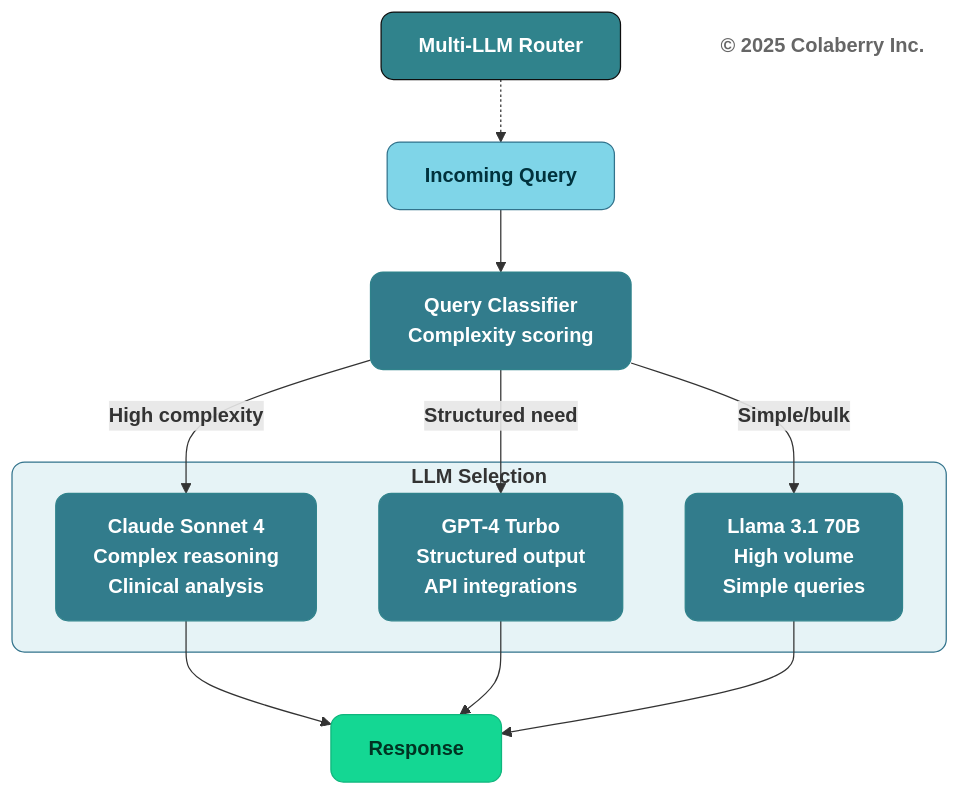
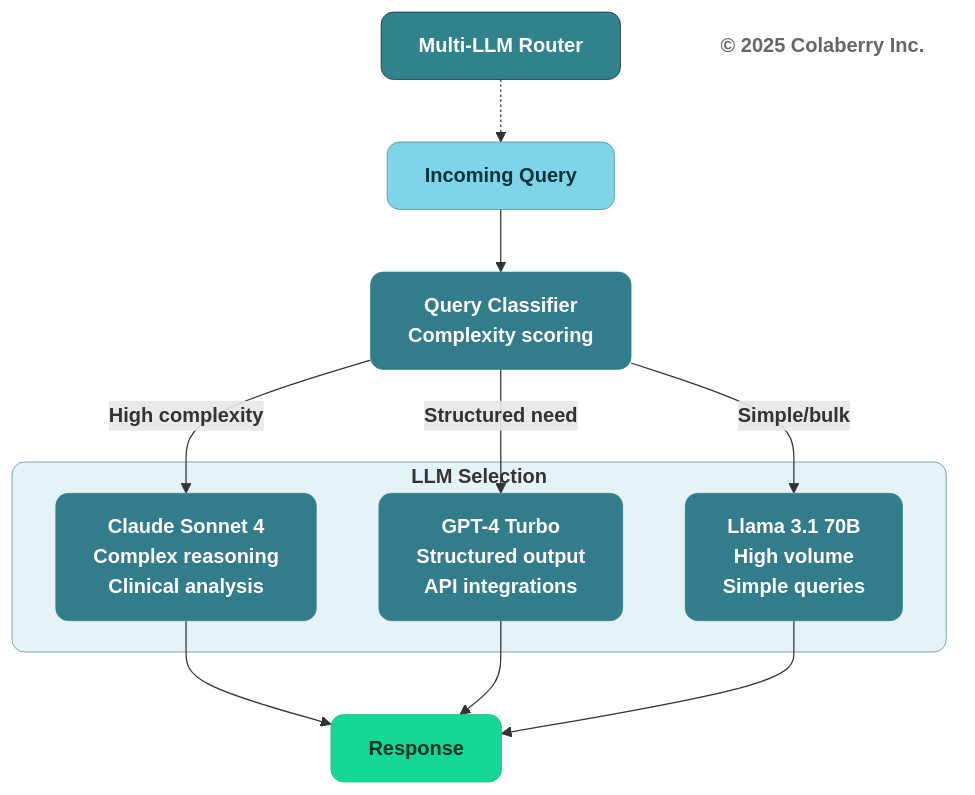
The ninth of 13 diagrams in manuscript/06_chapter_5_intelligence_layers.md (saitejesh-cyber/trust-before-intelligence-book), drawn with Mermaid before and after one commit. The commit also changed other lines of this file and 12 other files, not shown here.

Commit message:
Update stroke width to 0.5px instead of 1px to all the diagrams

````diff
--- a/manuscript/06_chapter_5_intelligence_layers.md
+++ b/manuscript/06_chapter_5_intelligence_layers.md
@@ -778,37 +778,37 @@
 ```mermaid
 graph TB
     TITLE["<b>Multi-LLM Router</b>"]
     
     Q["<b>Incoming Query</b>"]
     
     CLASS["<b>Query Classifier</b><br/><b>Complexity scoring</b>"]
     
     subgraph routing["<b>LLM Selection</b>"]
         CLAUDE["<b>Claude Sonnet 4</b><br/><b>Complex reasoning</b><br/><b>Clinical analysis</b>"]
         GPT["<b>GPT-4 Turbo</b><br/><b>Structured output</b><br/><b>API integrations</b>"]
         LLAMA["<b>Llama 3.1 70B</b><br/><b>High volume</b><br/><b>Simple queries</b>"]
     end
     
     OUT["<b>Response</b>"]
     
     TITLE -.-> Q
     Q --> CLASS
     CLASS -->|<b>High complexity</b>| CLAUDE
     CLASS -->|<b>Structured need</b>| GPT
     CLASS -->|<b>Simple/bulk</b>| LLAMA
     CLAUDE --> OUT
     GPT --> OUT
     LLAMA --> OUT
     
     Copyright["<b>© 2025 Colaberry Inc.</b>"]
     
-    style TITLE fill:#30838C,color:#ffffff,stroke:#0D0D0D,stroke-width:1px,rx:10,ry:10
-    style Q fill:#7FD5E8,stroke:#32738C,stroke-width:1px,color:#00323D,rx:10,ry:10
-    style CLASS fill:#327C8C,stroke:#30838C,stroke-width:1px,color:#ffffff,rx:10,ry:10
-    style routing fill:#E6F3F6,stroke:#32738C,stroke-width:1px,rx:10,ry:10,rx:10,ry:10
-    style CLAUDE fill:#327C8C,stroke:#30838C,stroke-width:1px,color:#ffffff,rx:10,ry:10
-    style GPT fill:#327C8C,stroke:#30838C,stroke-width:1px,color:#ffffff,rx:10,ry:10
-    style LLAMA fill:#327C8C,stroke:#30838C,stroke-width:1px,color:#ffffff,rx:10,ry:10
-    style OUT fill:#14D793,color:#003322,stroke:#0FB67D,stroke-width:1px,rx:10,ry:10
+    style TITLE fill:#30838C,color:#ffffff,stroke:#0D0D0D,stroke-width:0.5px,rx:10,ry:10
+    style Q fill:#7FD5E8,stroke:#32738C,stroke-width:0.5px,color:#00323D,rx:10,ry:10
+    style CLASS fill:#327C8C,stroke:#30838C,stroke-width:0.5px,color:#ffffff,rx:10,ry:10
+    style routing fill:#E6F3F6,stroke:#32738C,stroke-width:0.5px,rx:10,ry:10,rx:10,ry:10
+    style CLAUDE fill:#327C8C,stroke:#30838C,stroke-width:0.5px,color:#ffffff,rx:10,ry:10
+    style GPT fill:#327C8C,stroke:#30838C,stroke-width:0.5px,color:#ffffff,rx:10,ry:10
+    style LLAMA fill:#327C8C,stroke:#30838C,stroke-width:0.5px,color:#ffffff,rx:10,ry:10
+    style OUT fill:#14D793,color:#003322,stroke:#0FB67D,stroke-width:0.5px,rx:10,ry:10
     style Copyright fill:none,stroke:none,color:#666666
 ```
````
